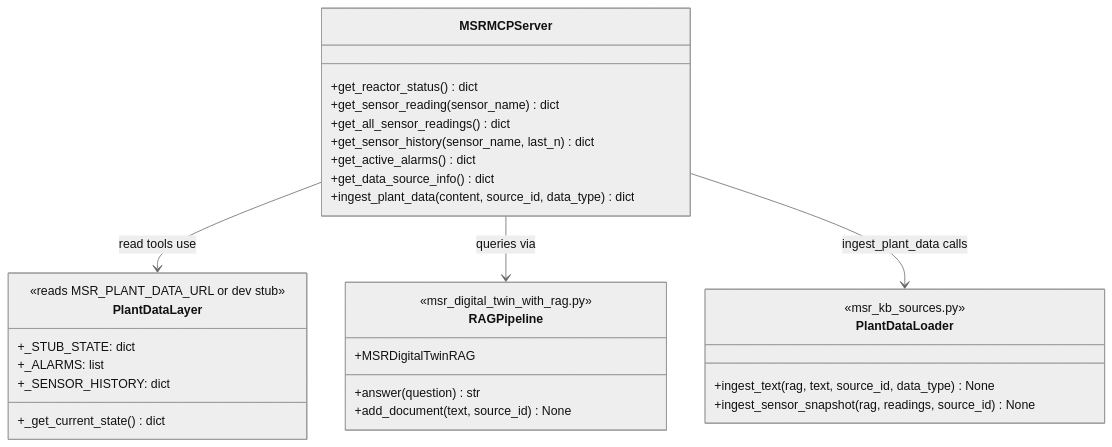
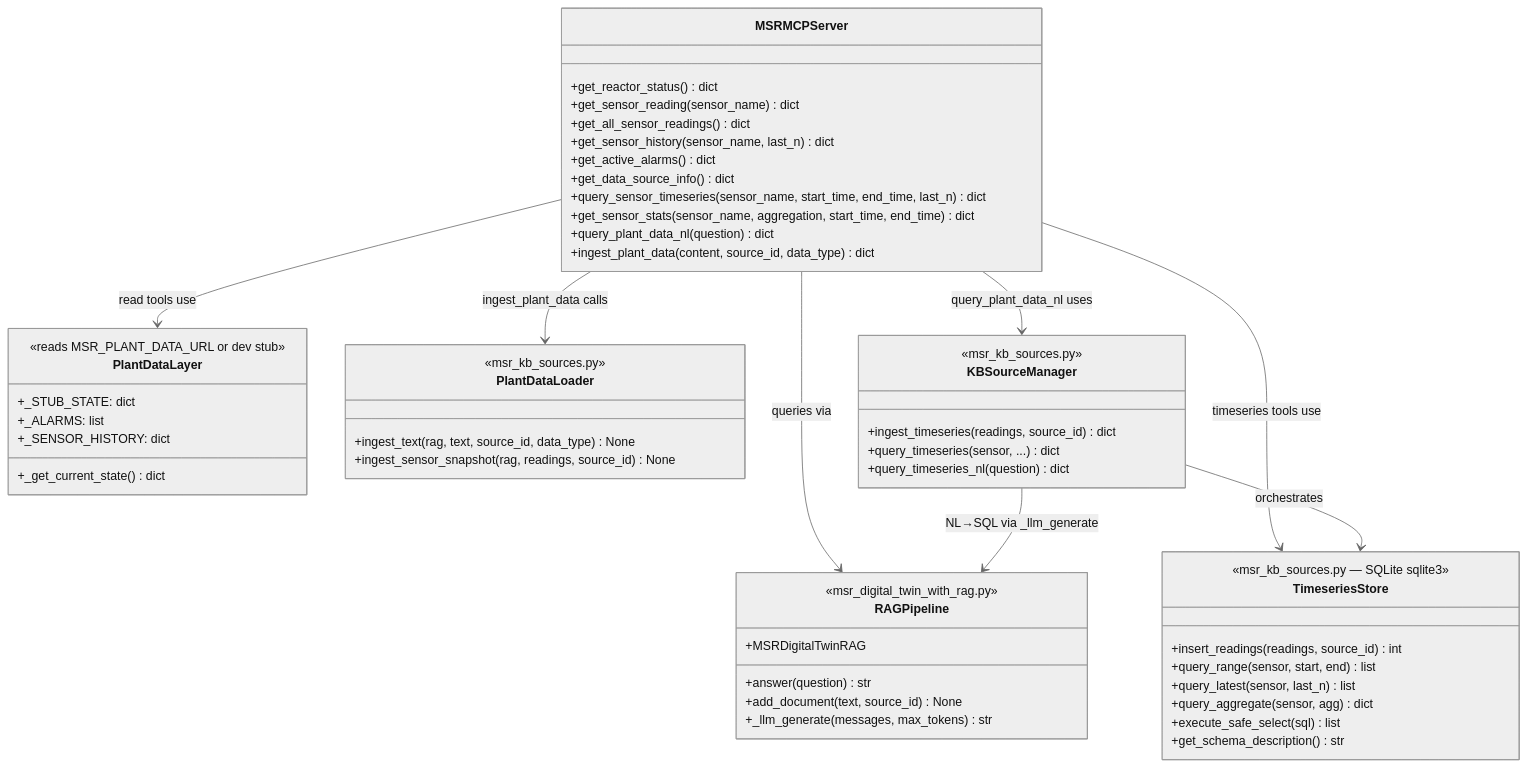
Before and after one commit to pranavkantgaur/msr_data_layer: the first of 5 diagrams in docs/architecture/03_mcp_server.md, drawn with Mermaid (neutral theme). The commit also changed other lines of this file and 6 other files, not shown here.

First line of the commit message:
docs: update architecture docs for timeseries layer (00_end_to_end, 02_kb_sources, 03_mcp_server, .ai/)

````diff
--- a/docs/architecture/03_mcp_server.md
+++ b/docs/architecture/03_mcp_server.md
@@ -10,37 +10,62 @@
 ```mermaid
 classDiagram
     class MSRMCPServer {
         +get_reactor_status() dict
         +get_sensor_reading(sensor_name) dict
         +get_all_sensor_readings() dict
         +get_sensor_history(sensor_name, last_n) dict
         +get_active_alarms() dict
         +get_data_source_info() dict
+        +query_sensor_timeseries(sensor_name, start_time, end_time, last_n) dict
+        +get_sensor_stats(sensor_name, aggregation, start_time, end_time) dict
+        +query_plant_data_nl(question) dict
         +ingest_plant_data(content, source_id, data_type) dict
     }
 
     class PlantDataLayer {
         +_get_current_state() dict
         <<reads MSR_PLANT_DATA_URL or dev stub>>
         +_STUB_STATE: dict
         +_ALARMS: list
         +_SENSOR_HISTORY: dict
     }
 
     class RAGPipeline {
         <<msr_digital_twin_with_rag.py>>
         +MSRDigitalTwinRAG
         +answer(question) str
         +add_document(text, source_id) None
+        +_llm_generate(messages, max_tokens) str
     }
 
     class PlantDataLoader {
         <<msr_kb_sources.py>>
         +ingest_text(rag, text, source_id, data_type) None
         +ingest_sensor_snapshot(rag, readings, source_id) None
     }
 
+    class TimeseriesStore {
+        <<msr_kb_sources.py — SQLite sqlite3>>
+        +insert_readings(readings, source_id) int
+        +query_range(sensor, start, end) list
+        +query_latest(sensor, last_n) list
+        +query_aggregate(sensor, agg) dict
+        +execute_safe_select(sql) list
+        +get_schema_description() str
+    }
+
+    class KBSourceManager {
+        <<msr_kb_sources.py>>
+        +ingest_timeseries(readings, source_id) dict
+        +query_timeseries(sensor, ...) dict
+        +query_timeseries_nl(question) dict
+    }
+
     MSRMCPServer --> PlantDataLayer : read tools use
     MSRMCPServer --> RAGPipeline : queries via
     MSRMCPServer --> PlantDataLoader : ingest_plant_data calls
+    MSRMCPServer --> TimeseriesStore : timeseries tools use
+    MSRMCPServer --> KBSourceManager : query_plant_data_nl uses
+    KBSourceManager --> TimeseriesStore : orchestrates
+    KBSourceManager --> RAGPipeline : NL→SQL via _llm_generate
 ```
````
